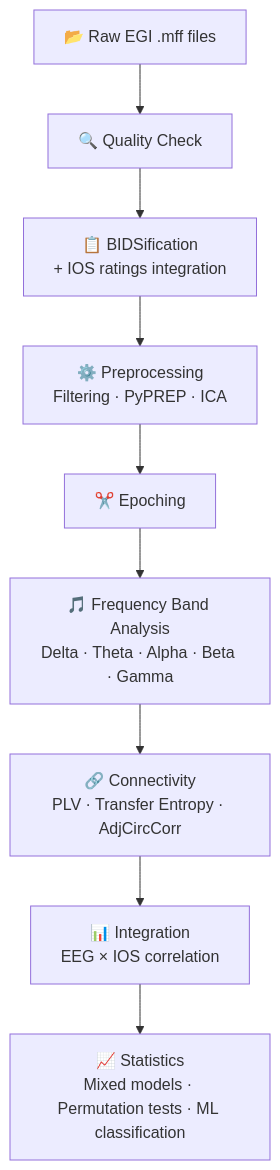
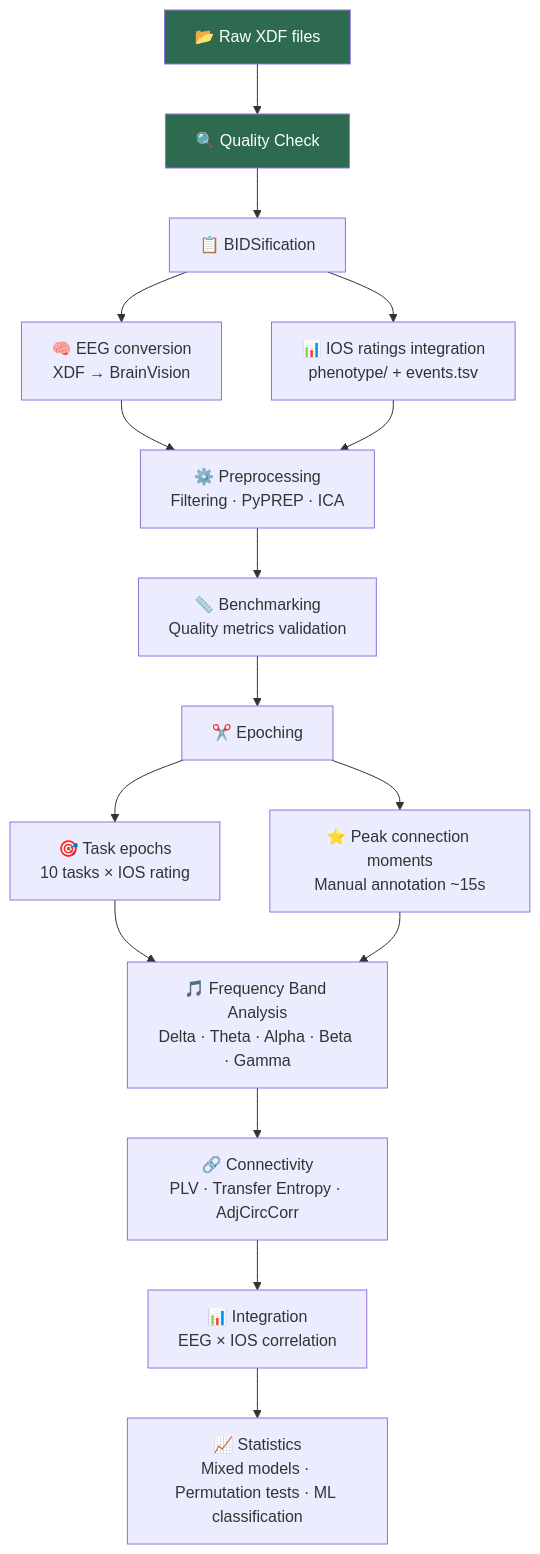
One commit to anna-monnier/brainhack_2026 changed the diagram in README.md. Above: the diagram before and after it, drawn with Mermaid. The commit also changed other lines of this file, not shown here.

Commit message:
Update tools and pipeline diagram

````diff
--- a/README.md
+++ b/README.md
@@ -68,11 +71,21 @@
 ```mermaid
 flowchart TD
-    A[📂 Raw EGI .mff files] --> B[🔍 Quality Check]
-    B --> C[📋 BIDSification\n+ IOS ratings integration]
-    C --> D[⚙️ Preprocessing\nFiltering · PyPREP · ICA]
-    D --> E[✂️ Epoching]
-    E --> F[🎵 Frequency Band Analysis\nDelta · Theta · Alpha · Beta · Gamma]
+    A[📂 Raw XDF files] --> B[🔍 Quality Check]
+    B --> C[📋 BIDSification]
+    C --> C1[🧠 EEG conversion\nXDF → BrainVision]
+    C --> C2[📊 IOS ratings integration\nphenotype/ + events.tsv]
+    C1 --> D[⚙️ Preprocessing\nFiltering · PyPREP · ICA]
+    C2 --> D
+    D --> D1[📏 Benchmarking\nQuality metrics validation]
+    D1 --> E[✂️ Epoching]
+    E --> E1[🎯 Task epochs\n10 tasks × IOS rating]
+    E --> E2[⭐ Peak connection moments\nManual annotation ~15s]
+    E1 --> F[🎵 Frequency Band Analysis\nDelta · Theta · Alpha · Beta · Gamma]
+    E2 --> F
     F --> G[🔗 Connectivity\nPLV · Transfer Entropy · AdjCircCorr]
     G --> H[📊 Integration\nEEG × IOS correlation]
     H --> I[📈 Statistics\nMixed models · Permutation tests · ML classification]
+
+    style A fill:#2d6a4f,color:#fff
+    style B fill:#2d6a4f,color:#fff
 ```
````
